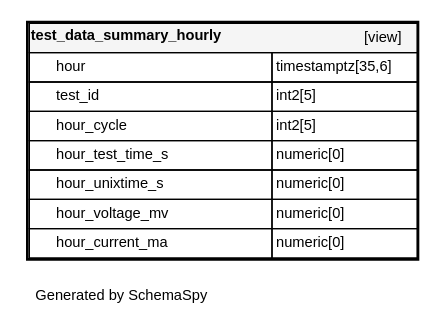
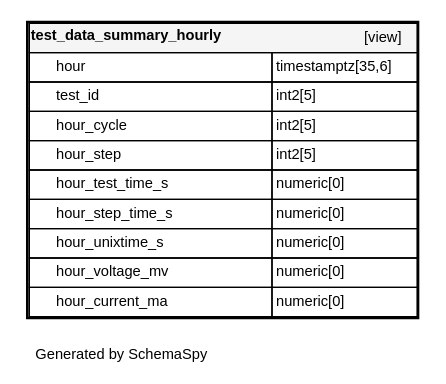
The diagram in docs/diagrams/tables/test_data_summary_hourly.1degree.dot (BattGenie/battdb), drawn with Graphviz before and after one commit. The commit also changed 238 other files, not shown here.

```diff
--- a/docs/diagrams/tables/test_data_summary_hourly.1degree.dot
+++ b/docs/diagrams/tables/test_data_summary_hourly.1degree.dot
@@ -1,19 +1,21 @@
 digraph "oneDegreeRelationshipsDiagram" {
   graph [    rankdir="RL"    bgcolor="#ffffff"    label="\nGenerated by SchemaSpy"    labeljust="l"    nodesep="0.18"    ranksep="0.46"    fontname="Helvetica"    fontsize="11"    ration="compress"  ];  node [    fontname="Helvetica"    fontsize="11"    shape="plaintext"  ];  edge [    arrowsize="0.8"  ];
   "test_data_summary_hourly" [
    label=<
     <TABLE BORDER="2" CELLBORDER="1" CELLSPACING="0" BGCOLOR="#ffffff">
       <TR><TD COLSPAN="4"  BGCOLOR="#f5f5f5"><TABLE BORDER="0" CELLSPACING="0"><TR><TD ALIGN="LEFT" FIXEDSIZE="TRUE" WIDTH="161" HEIGHT="16"><B>test_data_summary_hourly</B></TD><TD ALIGN="RIGHT">[view]</TD></TR></TABLE></TD></TR>
       <TR><TD PORT="hour" COLSPAN="2" ALIGN="LEFT"><TABLE BORDER="0" CELLSPACING="0" ALIGN="LEFT"><TR ALIGN="LEFT"><TD ALIGN="LEFT" FIXEDSIZE="TRUE" WIDTH="15" HEIGHT="16"></TD><TD ALIGN="LEFT" FIXEDSIZE="TRUE" WIDTH="161" HEIGHT="16">hour</TD></TR></TABLE></TD><TD PORT="hour.type" ALIGN="LEFT">timestamptz[35,6]</TD></TR>
       <TR><TD PORT="test_id" COLSPAN="2" ALIGN="LEFT"><TABLE BORDER="0" CELLSPACING="0" ALIGN="LEFT"><TR ALIGN="LEFT"><TD ALIGN="LEFT" FIXEDSIZE="TRUE" WIDTH="15" HEIGHT="16"></TD><TD ALIGN="LEFT" FIXEDSIZE="TRUE" WIDTH="161" HEIGHT="16">test_id</TD></TR></TABLE></TD><TD PORT="test_id.type" ALIGN="LEFT">int2[5]</TD></TR>
       <TR><TD PORT="hour_cycle" COLSPAN="2" ALIGN="LEFT"><TABLE BORDER="0" CELLSPACING="0" ALIGN="LEFT"><TR ALIGN="LEFT"><TD ALIGN="LEFT" FIXEDSIZE="TRUE" WIDTH="15" HEIGHT="16"></TD><TD ALIGN="LEFT" FIXEDSIZE="TRUE" WIDTH="161" HEIGHT="16">hour_cycle</TD></TR></TABLE></TD><TD PORT="hour_cycle.type" ALIGN="LEFT">int2[5]</TD></TR>
+      <TR><TD PORT="hour_step" COLSPAN="2" ALIGN="LEFT"><TABLE BORDER="0" CELLSPACING="0" ALIGN="LEFT"><TR ALIGN="LEFT"><TD ALIGN="LEFT" FIXEDSIZE="TRUE" WIDTH="15" HEIGHT="16"></TD><TD ALIGN="LEFT" FIXEDSIZE="TRUE" WIDTH="161" HEIGHT="16">hour_step</TD></TR></TABLE></TD><TD PORT="hour_step.type" ALIGN="LEFT">int2[5]</TD></TR>
       <TR><TD PORT="hour_test_time_s" COLSPAN="2" ALIGN="LEFT"><TABLE BORDER="0" CELLSPACING="0" ALIGN="LEFT"><TR ALIGN="LEFT"><TD ALIGN="LEFT" FIXEDSIZE="TRUE" WIDTH="15" HEIGHT="16"></TD><TD ALIGN="LEFT" FIXEDSIZE="TRUE" WIDTH="161" HEIGHT="16">hour_test_time_s</TD></TR></TABLE></TD><TD PORT="hour_test_time_s.type" ALIGN="LEFT">numeric[0]</TD></TR>
+      <TR><TD PORT="hour_step_time_s" COLSPAN="2" ALIGN="LEFT"><TABLE BORDER="0" CELLSPACING="0" ALIGN="LEFT"><TR ALIGN="LEFT"><TD ALIGN="LEFT" FIXEDSIZE="TRUE" WIDTH="15" HEIGHT="16"></TD><TD ALIGN="LEFT" FIXEDSIZE="TRUE" WIDTH="161" HEIGHT="16">hour_step_time_s</TD></TR></TABLE></TD><TD PORT="hour_step_time_s.type" ALIGN="LEFT">numeric[0]</TD></TR>
       <TR><TD PORT="hour_unixtime_s" COLSPAN="2" ALIGN="LEFT"><TABLE BORDER="0" CELLSPACING="0" ALIGN="LEFT"><TR ALIGN="LEFT"><TD ALIGN="LEFT" FIXEDSIZE="TRUE" WIDTH="15" HEIGHT="16"></TD><TD ALIGN="LEFT" FIXEDSIZE="TRUE" WIDTH="161" HEIGHT="16">hour_unixtime_s</TD></TR></TABLE></TD><TD PORT="hour_unixtime_s.type" ALIGN="LEFT">numeric[0]</TD></TR>
       <TR><TD PORT="hour_voltage_mv" COLSPAN="2" ALIGN="LEFT"><TABLE BORDER="0" CELLSPACING="0" ALIGN="LEFT"><TR ALIGN="LEFT"><TD ALIGN="LEFT" FIXEDSIZE="TRUE" WIDTH="15" HEIGHT="16"></TD><TD ALIGN="LEFT" FIXEDSIZE="TRUE" WIDTH="161" HEIGHT="16">hour_voltage_mv</TD></TR></TABLE></TD><TD PORT="hour_voltage_mv.type" ALIGN="LEFT">numeric[0]</TD></TR>
       <TR><TD PORT="hour_current_ma" COLSPAN="2" ALIGN="LEFT"><TABLE BORDER="0" CELLSPACING="0" ALIGN="LEFT"><TR ALIGN="LEFT"><TD ALIGN="LEFT" FIXEDSIZE="TRUE" WIDTH="15" HEIGHT="16"></TD><TD ALIGN="LEFT" FIXEDSIZE="TRUE" WIDTH="161" HEIGHT="16">hour_current_ma</TD></TR></TABLE></TD><TD PORT="hour_current_ma.type" ALIGN="LEFT">numeric[0]</TD></TR>
     </TABLE>>
     URL="test_data_summary_hourly.html"
     target="_top"
     tooltip="test_data_summary_hourly"
   ];
 }
```
